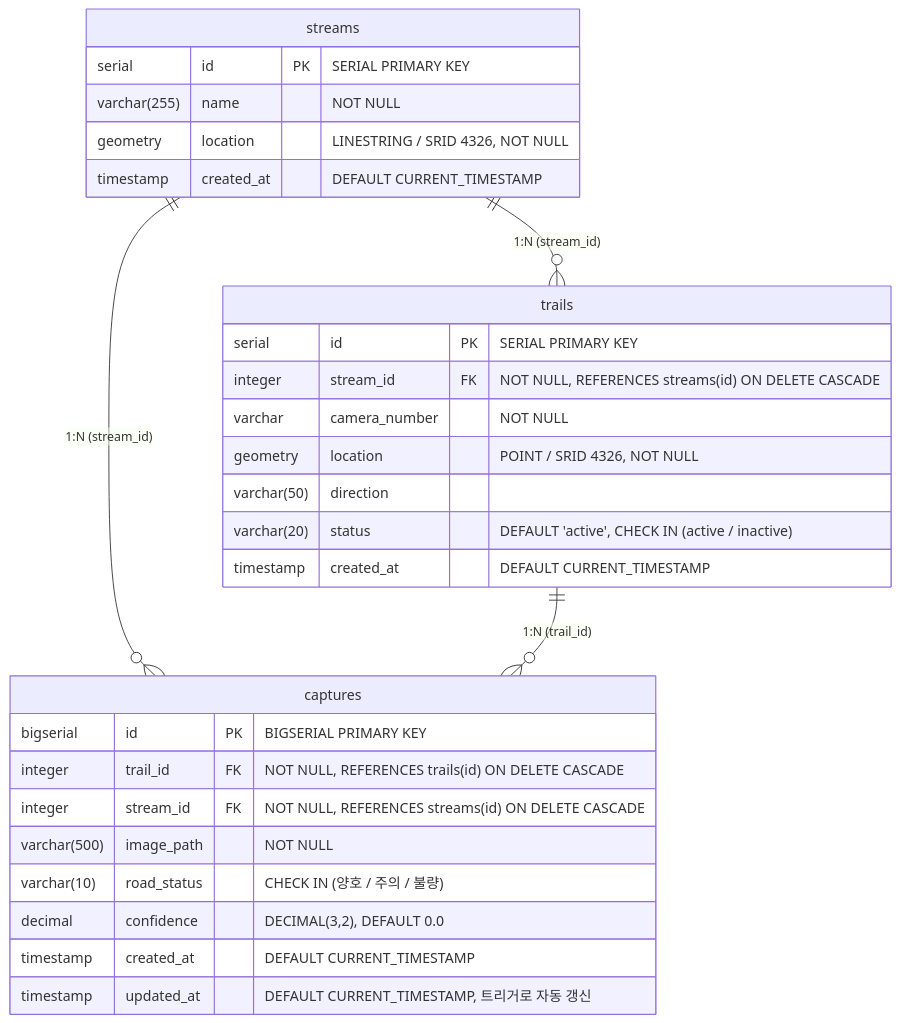
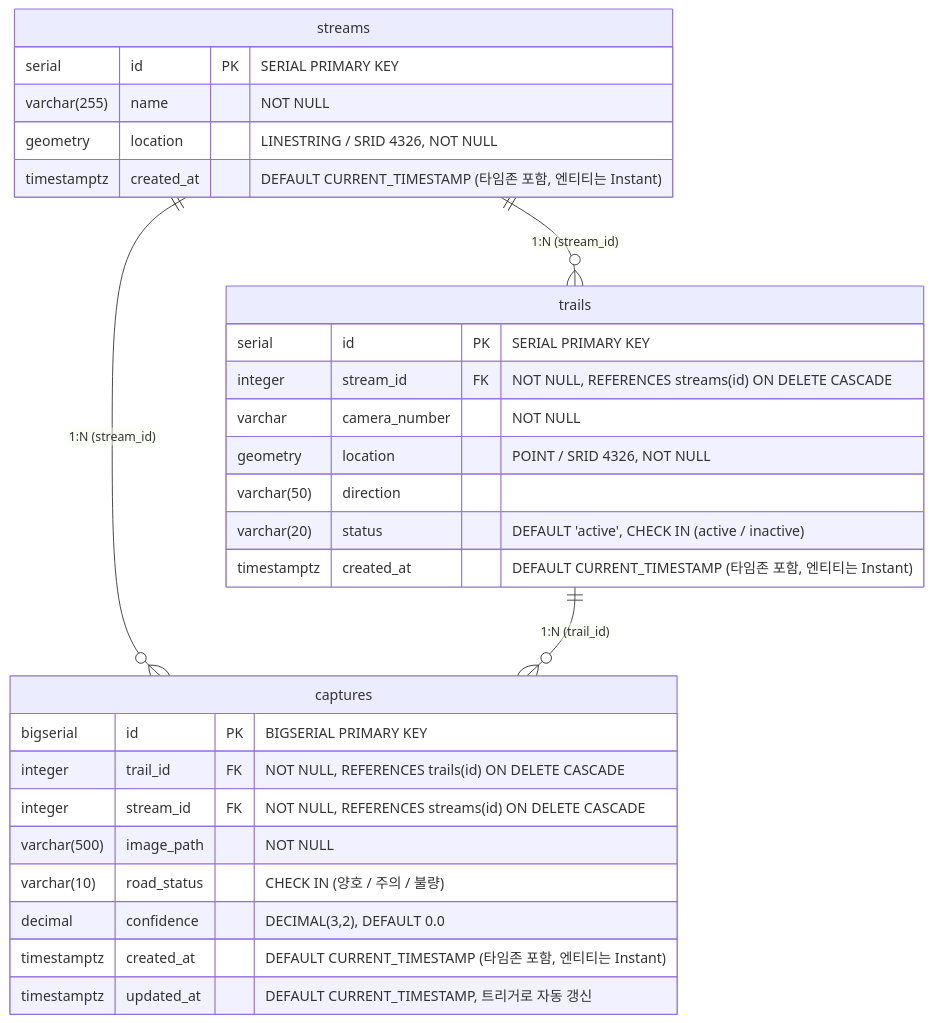
Before and after one commit to June21621/stream-walkway: the diagram in docs/diagrams/erd.md, drawn with Mermaid. The commit also changed other lines of this file and 1 other file, not shown here.

Commit message:
fix(infra): created_at/updated_at 컬럼을 TIMESTAMPTZ로 변경 - Instant 타입과 의미 일치, ERD 문서 동기화

````diff
--- a/docs/diagrams/erd.md
+++ b/docs/diagrams/erd.md
@@ -8,34 +8,34 @@
 ```mermaid
 erDiagram
     streams ||--o{ trails   : "1:N (stream_id)"
     streams ||--o{ captures : "1:N (stream_id)"
     trails  ||--o{ captures : "1:N (trail_id)"
 
     streams {
         serial      id          PK "SERIAL PRIMARY KEY"
         varchar(255) name           "NOT NULL"
         geometry    location       "LINESTRING / SRID 4326, NOT NULL"
-        timestamp   created_at     "DEFAULT CURRENT_TIMESTAMP"
+        timestamptz created_at     "DEFAULT CURRENT_TIMESTAMP (타임존 포함, 엔티티는 Instant)"
     }
 
     trails {
         serial      id            PK "SERIAL PRIMARY KEY"
         integer     stream_id     FK "NOT NULL, REFERENCES streams(id) ON DELETE CASCADE"
         varchar     camera_number    "NOT NULL"
         geometry    location         "POINT / SRID 4326, NOT NULL"
         varchar(50) direction
         varchar(20) status           "DEFAULT 'active', CHECK IN (active / inactive)"
-        timestamp   created_at       "DEFAULT CURRENT_TIMESTAMP"
+        timestamptz created_at       "DEFAULT CURRENT_TIMESTAMP (타임존 포함, 엔티티는 Instant)"
     }
 
     captures {
         bigserial   id          PK "BIGSERIAL PRIMARY KEY"
         integer     trail_id    FK "NOT NULL, REFERENCES trails(id) ON DELETE CASCADE"
         integer     stream_id   FK "NOT NULL, REFERENCES streams(id) ON DELETE CASCADE"
         varchar(500) image_path    "NOT NULL"
         varchar(10) road_status    "CHECK IN (양호 / 주의 / 불량)"
         decimal     confidence     "DECIMAL(3,2), DEFAULT 0.0"
-        timestamp   created_at     "DEFAULT CURRENT_TIMESTAMP"
-        timestamp   updated_at     "DEFAULT CURRENT_TIMESTAMP, 트리거로 자동 갱신"
+        timestamptz created_at     "DEFAULT CURRENT_TIMESTAMP (타임존 포함, 엔티티는 Instant)"
+        timestamptz updated_at     "DEFAULT CURRENT_TIMESTAMP, 트리거로 자동 갱신"
     }
 ```
````
